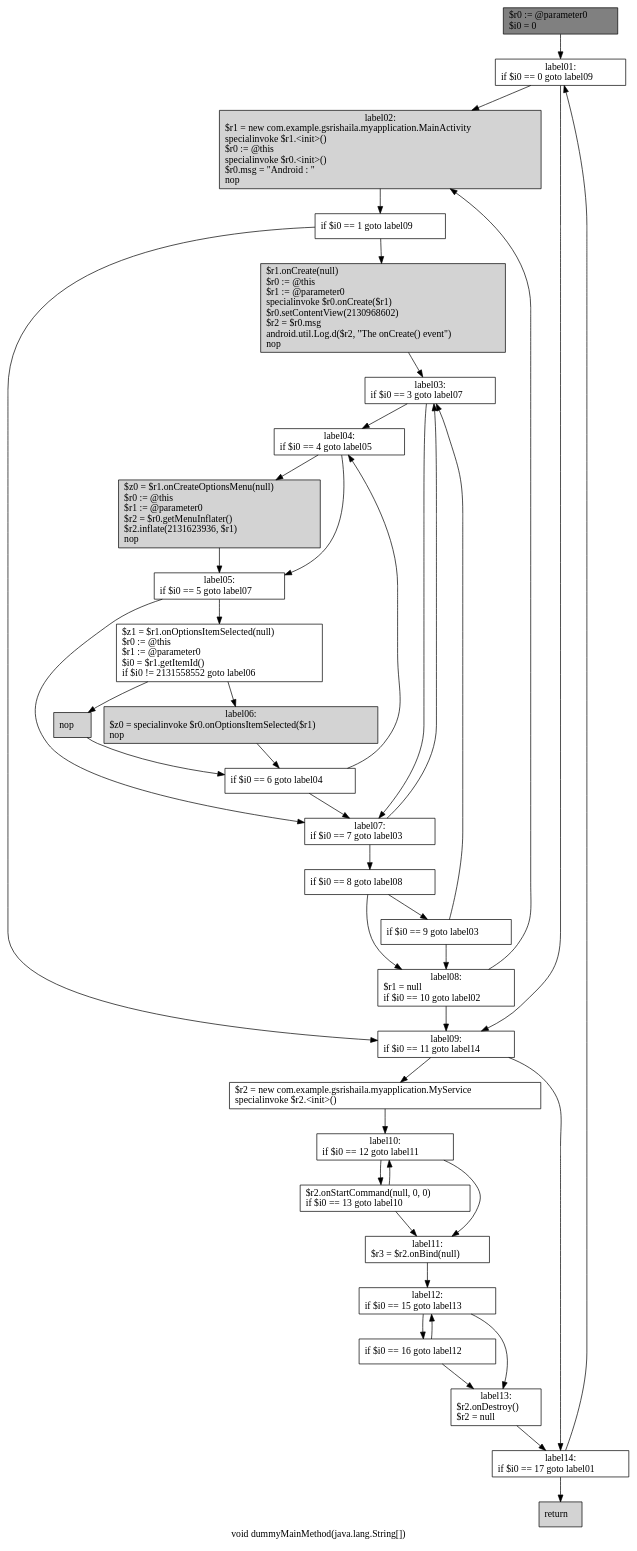
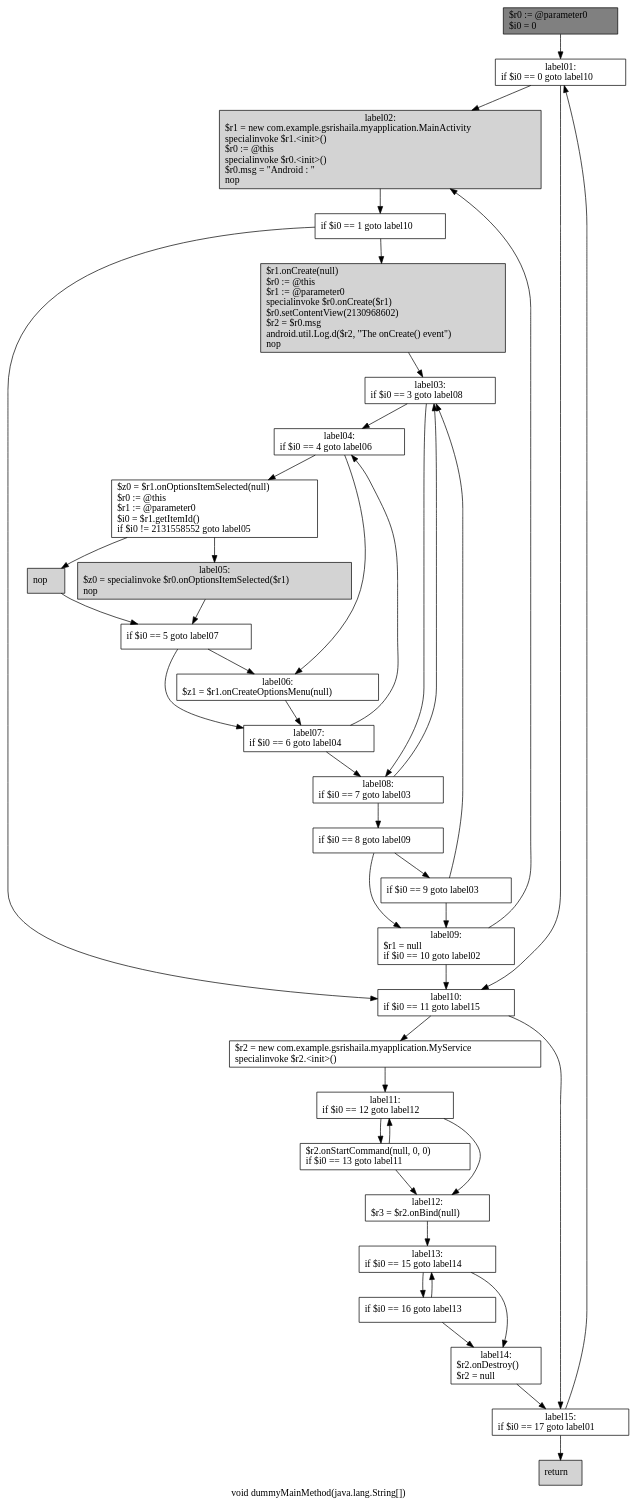
Before and after one commit to gsrishaila/summer: the diagram in soot-infoflow-android-develop/dummymain334.dot, drawn with Graphviz. The commit also changed 149 other files, not shown here.

```diff
--- a/soot-infoflow-android-develop/dummymain334.dot
+++ b/soot-infoflow-android-develop/dummymain334.dot
@@ -1,74 +1,74 @@
 digraph "void dummyMainMethod(java.lang.String[])" {
     label="void dummyMainMethod(java.lang.String[])";
     node [shape=box];
     "0" [style=filled,fillcolor=gray,label="$r0 := @parameter0\l$i0 = 0\l",];
-    "1" [label="label01:\nif $i0 == 0 goto label09\l",];
+    "1" [label="label01:\nif $i0 == 0 goto label10\l",];
     "0"->"1";
     "2" [style=filled,fillcolor=gray,style=filled,fillcolor=lightgray,label="label02:\n$r1 = new com.example.gsrishaila.myapplication.MainActivity\lspecialinvoke $r1.<init>()\l$r0 := @this\lspecialinvoke $r0.<init>()\l$r0.msg = \"Android : \"\lnop\l",];
     "1"->"2";
-    "17" [label="label09:\nif $i0 == 11 goto label14\l",];
+    "17" [label="label10:\nif $i0 == 11 goto label15\l",];
     "1"->"17";
-    "3" [label="if $i0 == 1 goto label09\l",];
+    "3" [label="if $i0 == 1 goto label10\l",];
     "2"->"3";
     "4" [style=filled,fillcolor=gray,style=filled,fillcolor=lightgray,label="$r1.onCreate(null)\l$r0 := @this\l$r1 := @parameter0\lspecialinvoke $r0.onCreate($r1)\l$r0.setContentView(2130968602)\l$r2 = $r0.msg\landroid.util.Log.d($r2, \"The onCreate() event\")\lnop\l",];
     "3"->"4";
     "3"->"17";
-    "5" [label="label03:\nif $i0 == 3 goto label07\l",];
+    "5" [label="label03:\nif $i0 == 3 goto label08\l",];
     "4"->"5";
-    "6" [label="label04:\nif $i0 == 4 goto label05\l",];
+    "6" [label="label04:\nif $i0 == 4 goto label06\l",];
     "5"->"6";
-    "13" [label="label07:\nif $i0 == 7 goto label03\l",];
+    "13" [label="label08:\nif $i0 == 7 goto label03\l",];
     "5"->"13";
-    "7" [style=filled,fillcolor=gray,style=filled,fillcolor=lightgray,label="$z0 = $r1.onCreateOptionsMenu(null)\l$r0 := @this\l$r1 := @parameter0\l$r2 = $r0.getMenuInflater()\l$r2.inflate(2131623936, $r1)\lnop\l",];
+    "7" [label="$z0 = $r1.onOptionsItemSelected(null)\l$r0 := @this\l$r1 := @parameter0\l$i0 = $r1.getItemId()\lif $i0 != 2131558552 goto label05\l",];
     "6"->"7";
-    "8" [label="label05:\nif $i0 == 5 goto label07\l",];
-    "6"->"8";
+    "11" [label="label06:\n$z1 = $r1.onCreateOptionsMenu(null)\l",];
+    "6"->"11";
+    "8" [style=filled,fillcolor=gray,style=filled,fillcolor=lightgray,label="nop\l",];
     "7"->"8";
-    "9" [label="$z1 = $r1.onOptionsItemSelected(null)\l$r0 := @this\l$r1 := @parameter0\l$i0 = $r1.getItemId()\lif $i0 != 2131558552 goto label06\l",];
-    "8"->"9";
-    "8"->"13";
-    "10" [style=filled,fillcolor=gray,style=filled,fillcolor=lightgray,label="nop\l",];
+    "9" [style=filled,fillcolor=gray,style=filled,fillcolor=lightgray,label="label05:\n$z0 = specialinvoke $r0.onOptionsItemSelected($r1)\lnop\l",];
+    "7"->"9";
+    "10" [label="if $i0 == 5 goto label07\l",];
+    "8"->"10";
     "9"->"10";
-    "11" [style=filled,fillcolor=gray,style=filled,fillcolor=lightgray,label="label06:\n$z0 = specialinvoke $r0.onOptionsItemSelected($r1)\lnop\l",];
-    "9"->"11";
-    "12" [label="if $i0 == 6 goto label04\l",];
+    "10"->"11";
+    "12" [label="label07:\nif $i0 == 6 goto label04\l",];
     "10"->"12";
     "11"->"12";
     "12"->"6";
     "12"->"13";
     "13"->"5";
-    "14" [label="if $i0 == 8 goto label08\l",];
+    "14" [label="if $i0 == 8 goto label09\l",];
     "13"->"14";
     "15" [label="if $i0 == 9 goto label03\l",];
     "14"->"15";
-    "16" [label="label08:\n$r1 = null\lif $i0 == 10 goto label02\l",];
+    "16" [label="label09:\n$r1 = null\lif $i0 == 10 goto label02\l",];
     "14"->"16";
     "15"->"5";
     "15"->"16";
     "16"->"2";
     "16"->"17";
     "18" [label="$r2 = new com.example.gsrishaila.myapplication.MyService\lspecialinvoke $r2.<init>()\l",];
     "17"->"18";
-    "25" [label="label14:\nif $i0 == 17 goto label01\l",];
+    "25" [label="label15:\nif $i0 == 17 goto label01\l",];
     "17"->"25";
-    "19" [label="label10:\nif $i0 == 12 goto label11\l",];
+    "19" [label="label11:\nif $i0 == 12 goto label12\l",];
     "18"->"19";
-    "20" [label="$r2.onStartCommand(null, 0, 0)\lif $i0 == 13 goto label10\l",];
+    "20" [label="$r2.onStartCommand(null, 0, 0)\lif $i0 == 13 goto label11\l",];
     "19"->"20";
-    "21" [label="label11:\n$r3 = $r2.onBind(null)\l",];
+    "21" [label="label12:\n$r3 = $r2.onBind(null)\l",];
     "19"->"21";
     "20"->"19";
     "20"->"21";
-    "22" [label="label12:\nif $i0 == 15 goto label13\l",];
+    "22" [label="label13:\nif $i0 == 15 goto label14\l",];
     "21"->"22";
-    "23" [label="if $i0 == 16 goto label12\l",];
+    "23" [label="if $i0 == 16 goto label13\l",];
     "22"->"23";
-    "24" [label="label13:\n$r2.onDestroy()\l$r2 = null\l",];
+    "24" [label="label14:\n$r2.onDestroy()\l$r2 = null\l",];
     "22"->"24";
     "23"->"22";
     "23"->"24";
     "24"->"25";
     "25"->"1";
     "26" [style=filled,fillcolor=lightgray,label="return\l",];
     "25"->"26";
 }
```
